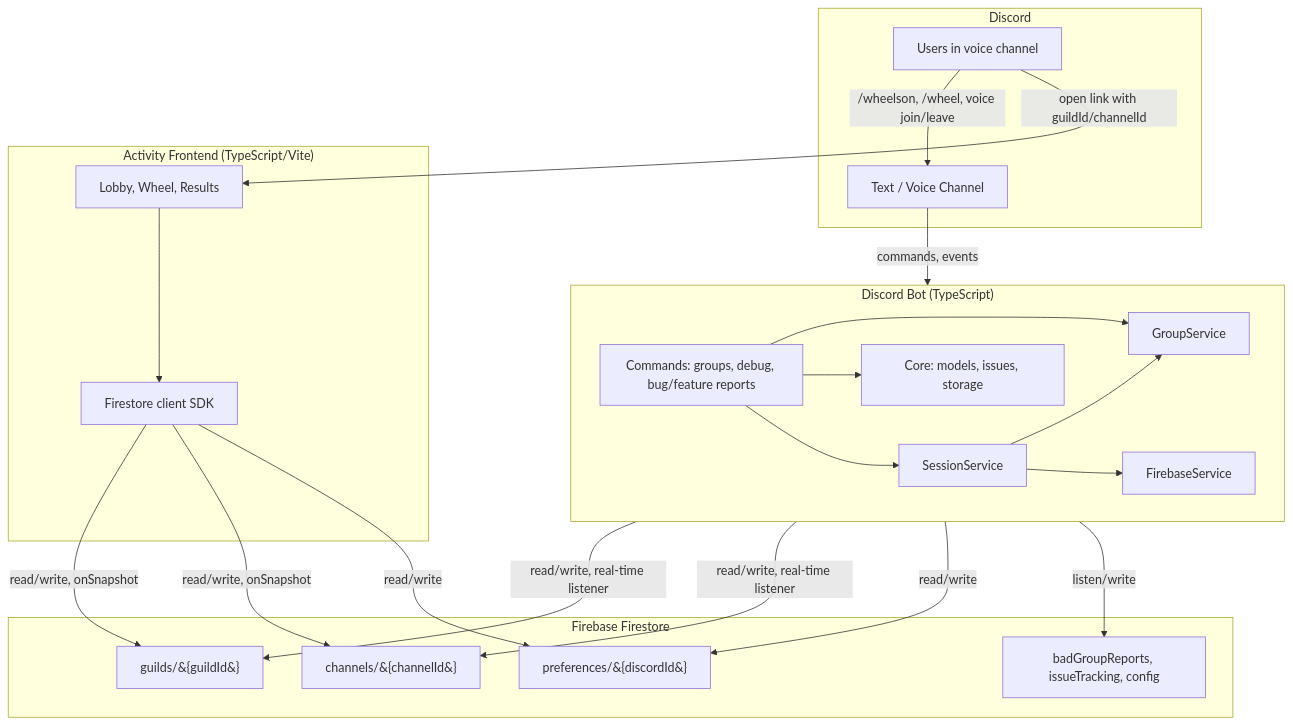
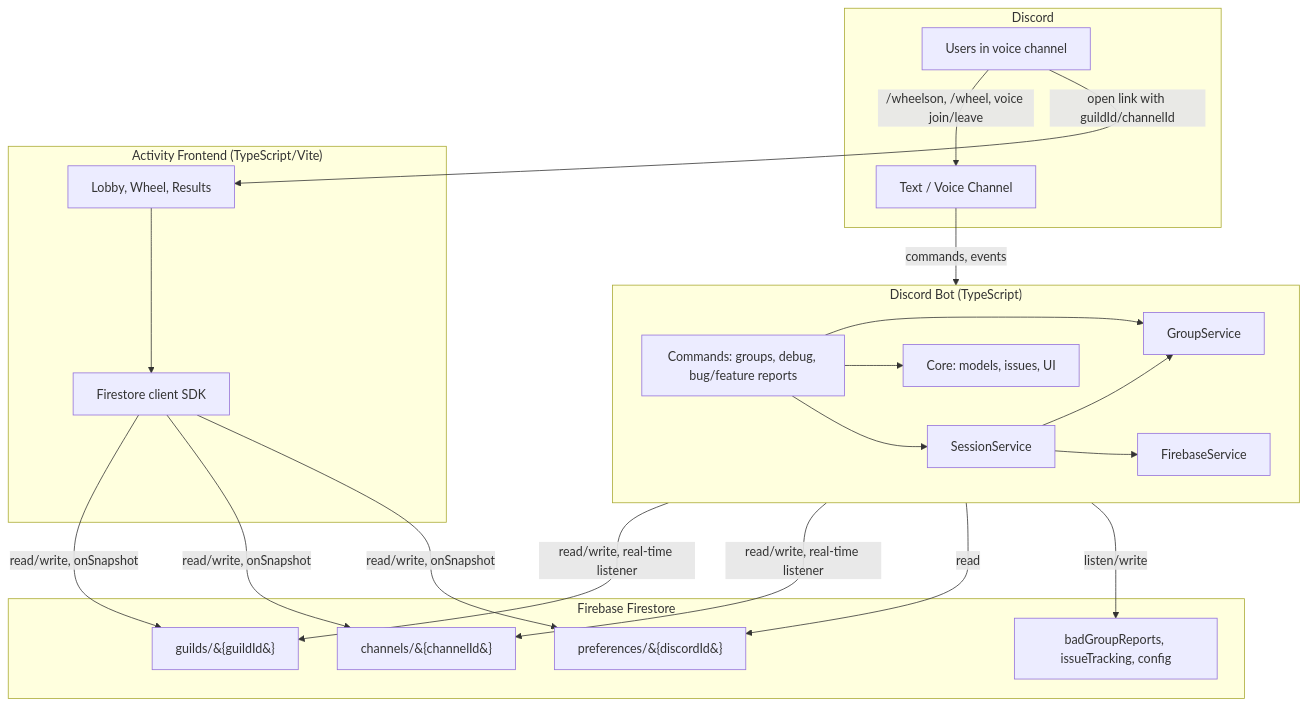
One commit to TytaniumDev/MythicPlusDiscordBot changed the first of 5 diagrams in ARCHITECTURE.md. Above: the diagram before and after it, drawn with Mermaid. The commit also changed other lines of this file and 66 other files, not shown here.

````diff
--- a/ARCHITECTURE.md
+++ b/ARCHITECTURE.md
@@ -21,43 +21,43 @@
 ```mermaid
 flowchart TB
     subgraph Discord["Discord"]
         User[Users in voice channel]
         Channel[Text / Voice Channel]
     end
 
     subgraph Bot["Discord Bot (TypeScript)"]
         Cogs[Commands: groups, debug, bug/feature reports]
         GroupService[GroupService]
         SessionService[SessionService]
         FirebaseService[FirebaseService]
-        Core[Core: models, issues, storage]
+        Core[Core: models, issues, UI]
         Cogs --> GroupService
         Cogs --> SessionService
         Cogs --> Core
         SessionService --> FirebaseService
         SessionService --> GroupService
     end
 
     subgraph Firebase["Firebase Firestore"]
         Guilds[guilds/&#123;guildId&#125;]
         Channels[channels/&#123;channelId&#125;]
         Preferences[preferences/&#123;discordId&#125;]
         Sidecars[badGroupReports, issueTracking, config]
     end
 
     subgraph Frontend["Activity Frontend (TypeScript/Vite)"]
         UI[Lobby, Wheel, Results]
         UI --> FirestoreClient[Firestore client SDK]
     end
 
     User -->|/wheelson, /wheel, voice join/leave| Channel
     Channel -->|commands, events| Bot
     Bot -->|read/write, real-time listener| Guilds
     Bot -->|read/write, real-time listener| Channels
-    Bot -->|read/write| Preferences
+    Bot -->|read| Preferences
     Bot -->|listen/write| Sidecars
     FirestoreClient -->|read/write, onSnapshot| Guilds
     FirestoreClient -->|read/write, onSnapshot| Channels
-    FirestoreClient -->|read/write| Preferences
+    FirestoreClient -->|read/write, onSnapshot| Preferences
     User -->|open link with guildId/channelId| UI
 ```
````
